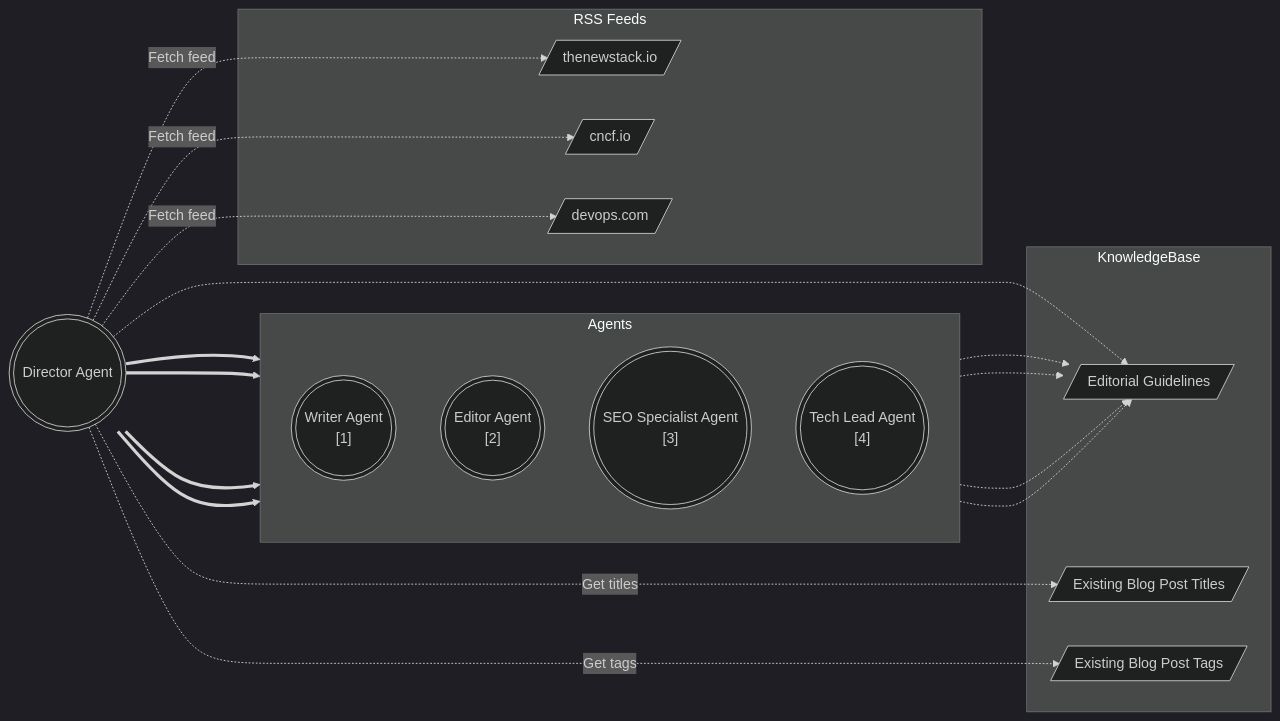
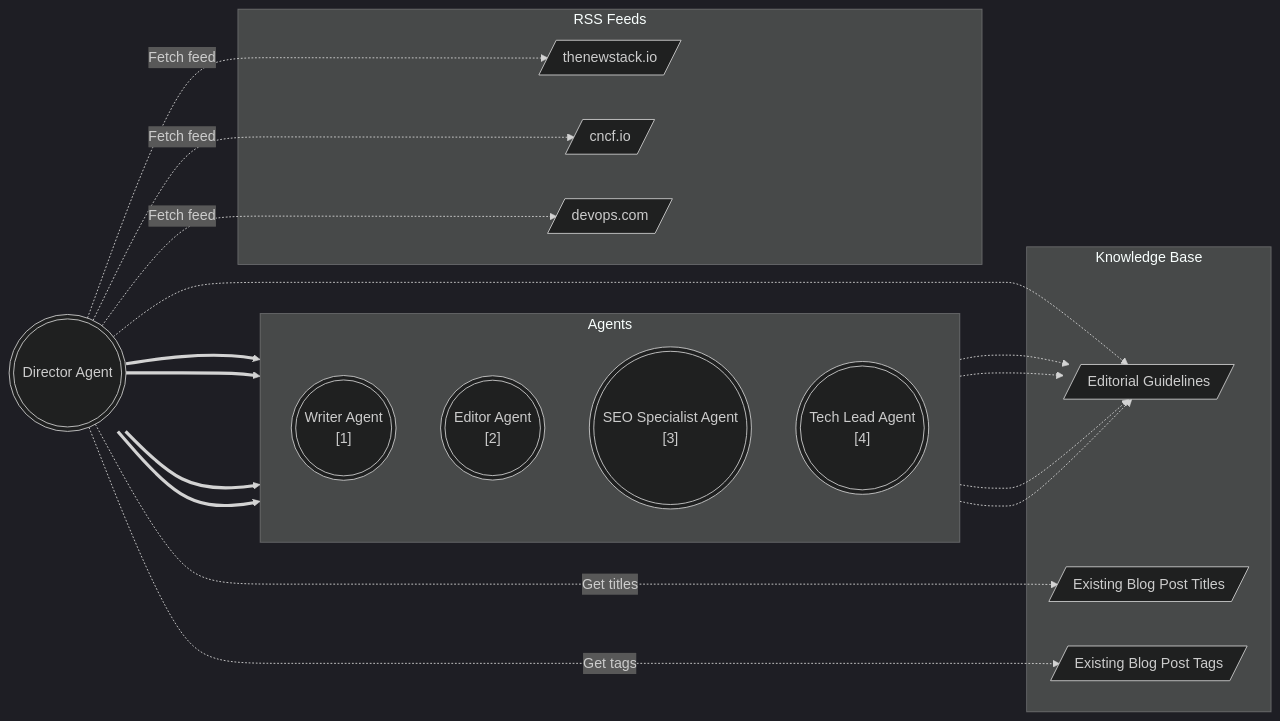
Before and after one commit to etiennetremel/ai-generated-blog: the diagram in README.md, drawn with Mermaid (dark theme).

Commit message:
docs: minor typo in diagram

````diff
--- a/README.md
+++ b/README.md
@@ -19,46 +19,46 @@
 ```mermaid
 flowchart LR
     %% Agents
     subgraph Agents
         direction TB
-        Writer((("Writer Agent\n[1]")))
-        Editor((("Editor Agent\n[2]")))
-        SEO((("SEO Specialist Agent\n[3]")))
-        TechLead((("Tech Lead Agent\n[4]")))
+        Writer((("Writer Agent<br>[1]")))
+        Editor((("Editor Agent<br>[2]")))
+        SEO((("SEO Specialist Agent<br>[3]")))
+        TechLead((("Tech Lead Agent<br>[4]")))
     end
 
     %% Director
     Director(((Director Agent)))
 
     %% Guidelines and metadata
-    subgraph KnowledgeBase
+    subgraph Knowledge_Base ["Knowledge Base"]
         EditorialGuideline[/"Editorial Guidelines"/]
         ExistingBlogPostsTitles[/"Existing Blog Post Titles"/]
         ExistingBlogPostsTags[/"Existing Blog Post Tags"/]
     end
 
     %% RSS feeds
     subgraph RSS_Feeds ["RSS Feeds"]
         TNS[/"thenewstack.io"/]
         CNCF[/"cncf.io"/]
         DO[/"devops.com"/]
     end
 
     %% Data access
     Director -.-> EditorialGuideline
     Writer -.-> EditorialGuideline
     Editor -.-> EditorialGuideline
     SEO -.-> EditorialGuideline
     TechLead -.-> EditorialGuideline
 
     Director ==> Writer
     Director ==> Editor
     Director ==> SEO
     Director ==> TechLead
 
     Director -. Get titles .-> ExistingBlogPostsTitles
     Director -. Get tags .-> ExistingBlogPostsTags
     Director -. Fetch feed .-> TNS
     Director -. Fetch feed .-> CNCF
     Director -. Fetch feed .-> DO
 ```
````
